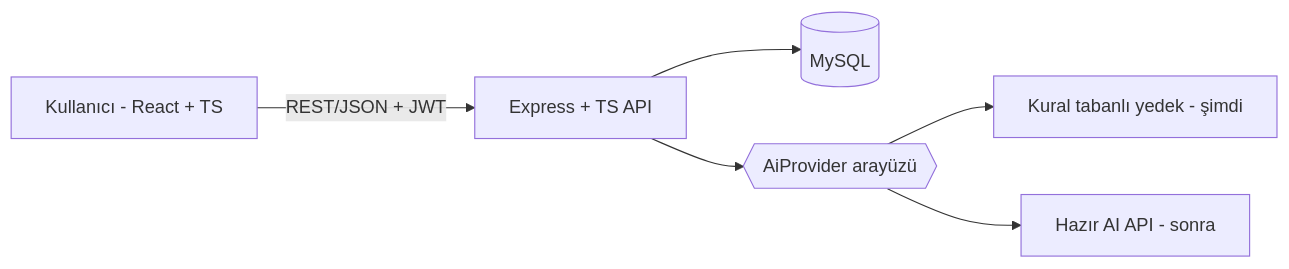
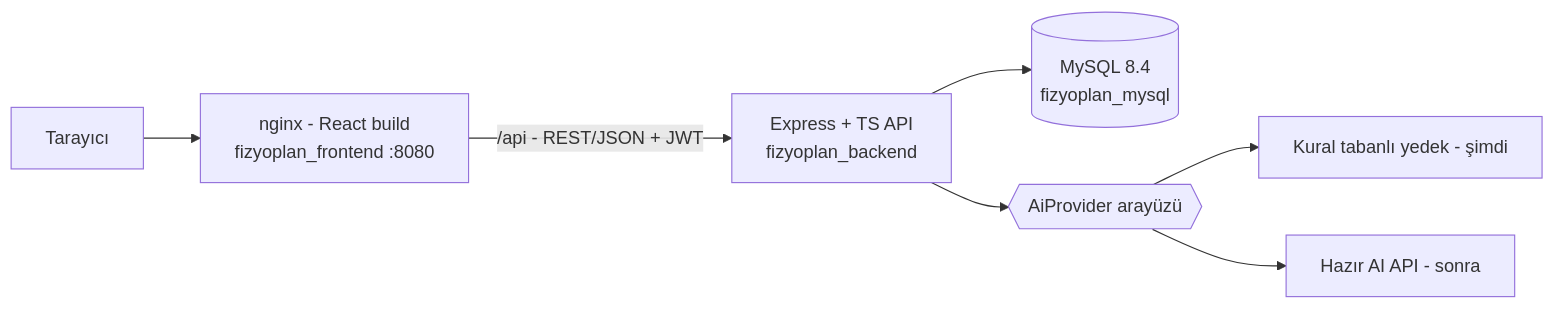
Before and after one commit to fehmi-gunay/FizyoPlan: the first of 2 diagrams in Tasarim Plani.md, drawn with Mermaid. The commit also changed other lines of this file and 35 other files, not shown here.

First line of the commit message:
FizyoPlan: Docker Compose (mysql + backend + frontend), hata düzeltmeleri, ekip akışı

````diff
--- a/Tasarim Plani.md
+++ b/Tasarim Plani.md
@@ -6,8 +6,9 @@
 ```mermaid
 flowchart LR
-  U[Kullanıcı - React + TS] -->|REST/JSON + JWT| A[Express + TS API]
-  A --> DB[(MySQL)]
+  U[Tarayıcı] --> N[nginx - React build<br/>fizyoplan_frontend :8080]
+  N -->|/api - REST/JSON + JWT| A[Express + TS API<br/>fizyoplan_backend]
+  A --> DB[(MySQL 8.4<br/>fizyoplan_mysql)]
   A --> AI{{AiProvider arayüzü}}
   AI --> R[Kural tabanlı yedek - şimdi]
   AI --> X[Hazır AI API - sonra]
 ```
````
